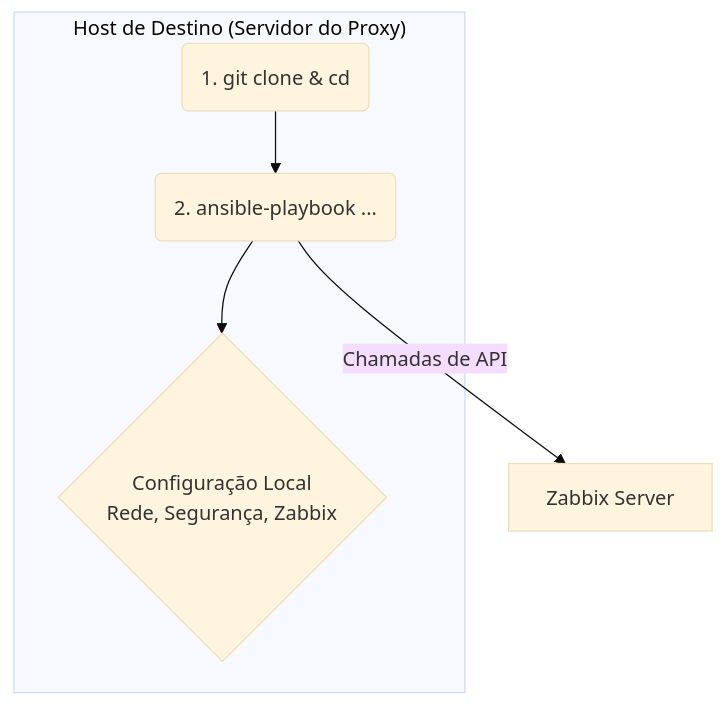
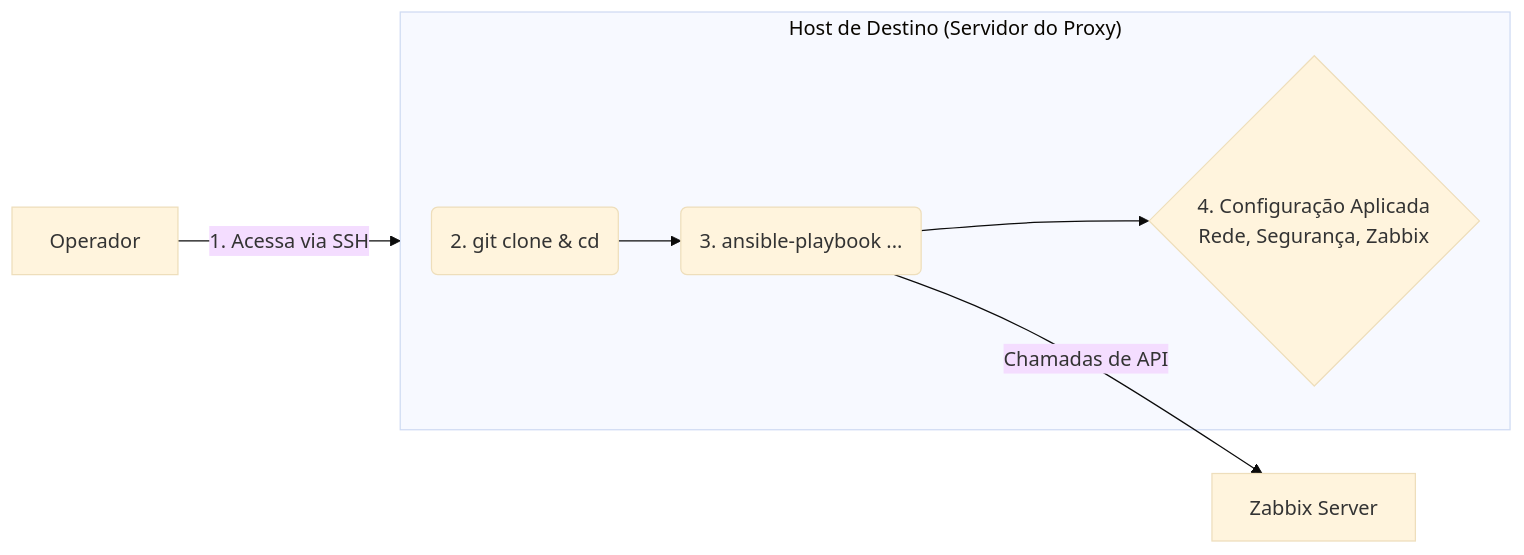
One commit to felipeanj0s/Delta changed the diagram in test.md. Above: the diagram before and after it, drawn with Mermaid (base theme).

````diff
--- a/test.md
+++ b/test.md
@@ -21,10 +21,14 @@
 ```mermaid
-graph TD;
+graph LR;
+    Operador -- 1. Acessa via SSH --> HostDestino;
+
     subgraph HostDestino["Host de Destino (Servidor do Proxy)"]
-        A(1. git clone & cd);
-        B(2. ansible-playbook ...);
-        C{Configuração Local<br>Rede, Segurança, Zabbix};
+        A("2. git clone & cd");
+        B("3. ansible-playbook ...");
+        C{"4. Configuração Aplicada<br>Rede, Segurança, Zabbix"};
+        
         A --> B --> C;
     end
-    B -- Chamadas de API --> D[Zabbix Server];
+    
+    B -- Chamadas de API --> ZabbixServer[Zabbix Server];
 ```
````
